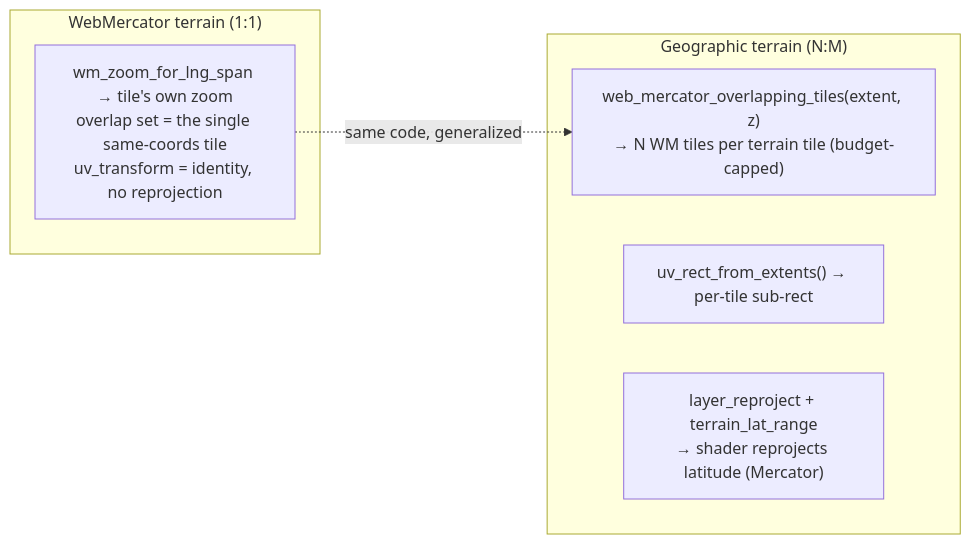
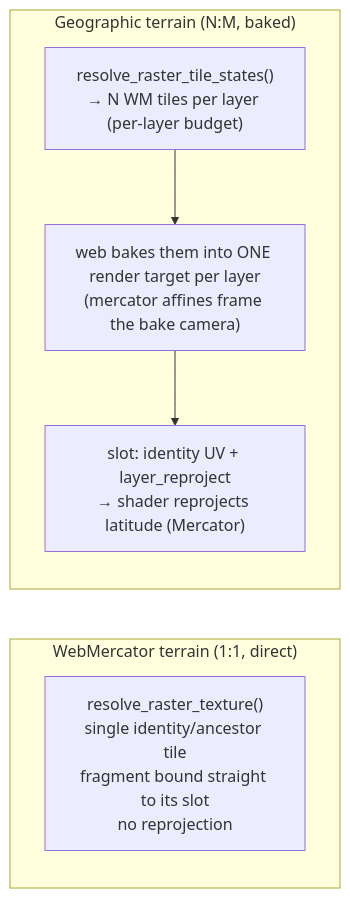
Before and after one commit to matrix9neonebuchadnezzar2199-sketch/navara: the tenth of 10 diagrams in guide/TILE_TERRAIN_TRAVERSAL.md, drawn with Mermaid. The commit also changed other lines of this file and 39 other files, not shown here.

````diff
--- a/guide/TILE_TERRAIN_TRAVERSAL.md
+++ b/guide/TILE_TERRAIN_TRAVERSAL.md
@@ -331,12 +382,12 @@
 ```mermaid
 flowchart LR
-  subgraph Same["WebMercator terrain (1:1)"]
-    A["wm_zoom_for_lng_span → tile's own zoom<br/>overlap set = the single same-coords tile<br/>uv_transform = identity, no reprojection"]
+  subgraph Same["WebMercator terrain (1:1, direct)"]
+    A["resolve_raster_texture()<br/>single identity/ancestor tile<br/>fragment bound straight to its slot<br/>no reprojection"]
   end
-  subgraph Cross["Geographic terrain (N:M)"]
-    B["web_mercator_overlapping_tiles(extent, z)<br/>→ N WM tiles per terrain tile (budget-capped)"]
-    C["uv_rect_from_extents() → per-tile sub-rect"]
-    D["layer_reproject + terrain_lat_range<br/>→ shader reprojects latitude (Mercator)"]
+  subgraph Cross["Geographic terrain (N:M, baked)"]
+    B["resolve_raster_tile_states()<br/>→ N WM tiles per layer (per-layer budget)"]
+    C["web bakes them into ONE render target per layer<br/>(mercator affines frame the bake camera)"]
+    D["slot: identity UV + layer_reproject<br/>→ shader reprojects latitude (Mercator)"]
+    B --> C --> D
   end
-  A -.->|same code, generalized| B
 ```
````
